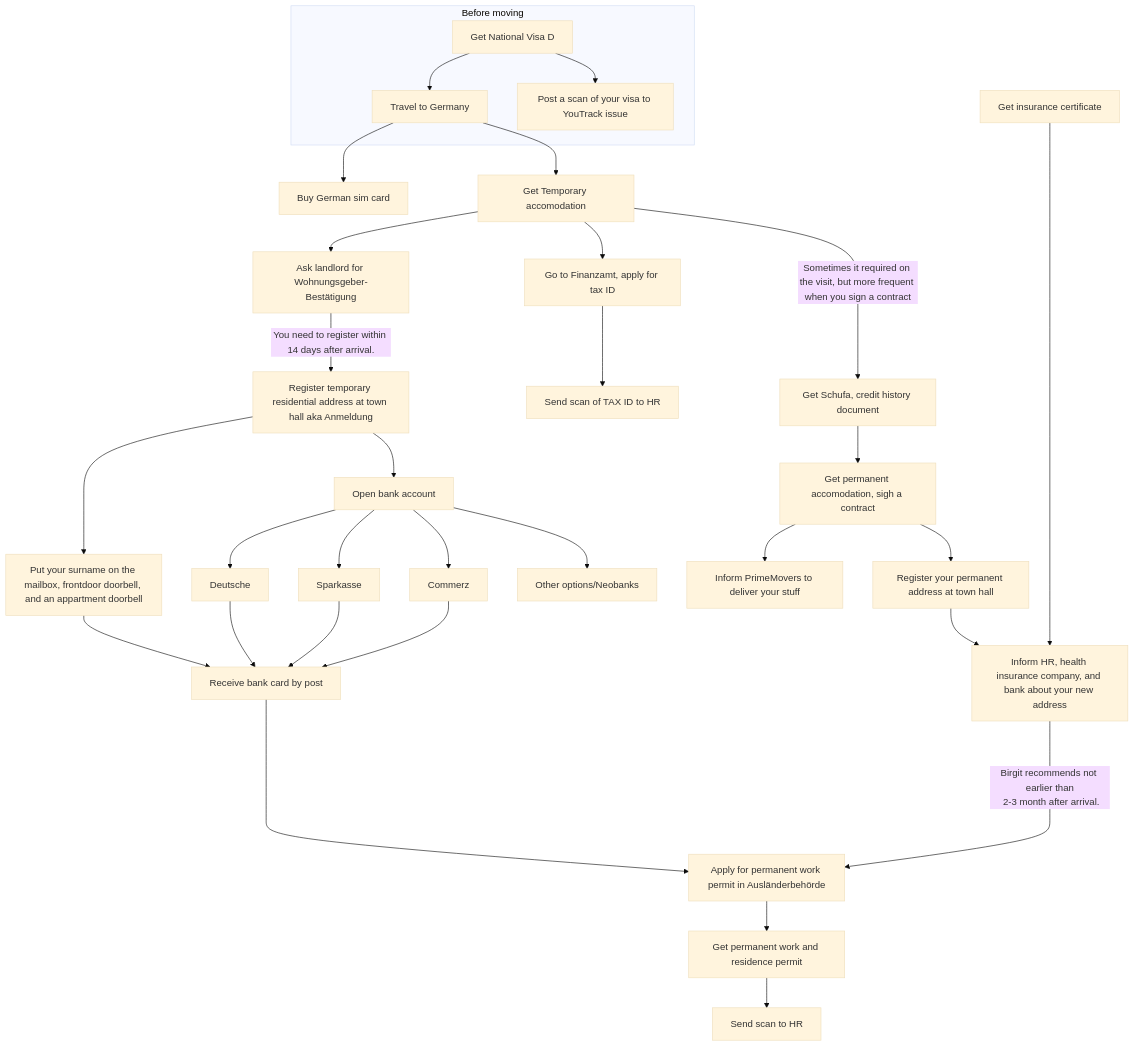
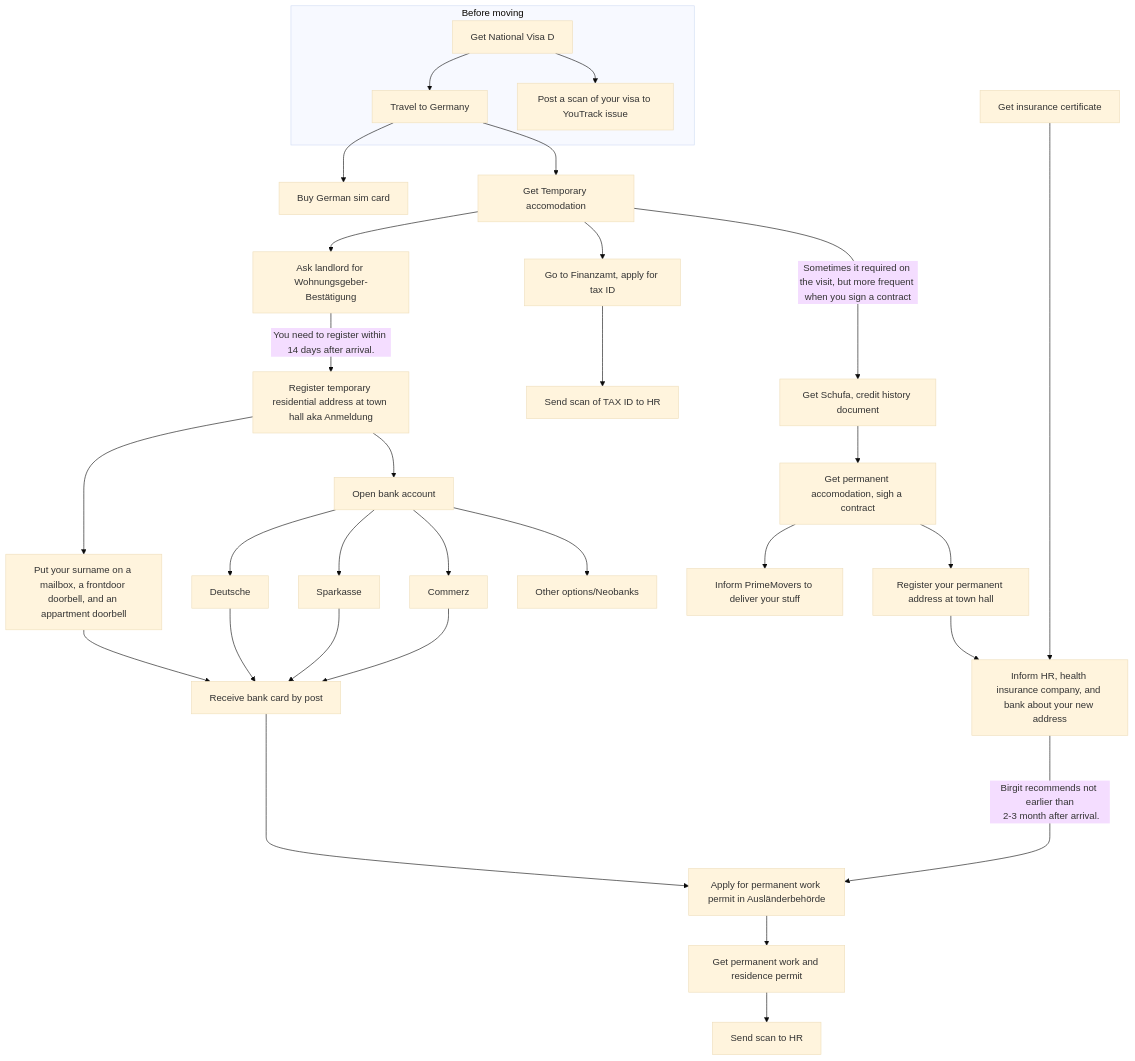
One commit to lananovikova10/howtoberlin changed the diagram in sequence-of-steps.md. Above: the diagram before and after it, drawn with Mermaid (base theme).

Commit message:
a bit of grammar

````diff
--- a/sequence-of-steps.md
+++ b/sequence-of-steps.md
@@ -3,31 +3,31 @@
 ```mermaid
 graph TB
     subgraph Before moving
     A[Get National Visa D] --> U[Travel to Germany]
     A --> R[Post a scan of your visa to YouTrack issue]
     end
     U --> P[Buy German sim card]
     U --> B[Get Temporary accomodation]
     B --> O[Ask landlord for Wohnungsgeber-Bestätigung]
     Q[Get insurance certificate] -------> L
     O --> |You need to register within 14 days after arrival.| W[Register temporary residential address at town hall aka Anmeldung]
     B --> G[Go to Finanzamt, apply for tax ID]
-    W --> X[Put your surname on the mailbox, frontdoor doorbell, and an appartment doorbell]
+    W --> X[Put your surname on a mailbox, a frontdoor doorbell, and an appartment doorbell]
     W --> C[Open bank account]
     C --> D[Deutsche]
     C --> E[Sparkasse]
     C --> F[Commerz]
     C --> V[Other options/Neobanks]
     D & E & F --> Y[Receive bank card by post]
     X --> Y
     G --> H[Send scan of TAX ID to HR]
     B --> |Sometimes it required on the visit, but more frequent <br/>when you sign a contract|Z[Get Schufa, credit history document] 
     Z --> J[Get permanent accomodation, sigh a contract]
     J --> I[Inform PrimeMovers to deliver your stuff]
     J --> K[Register your permanent address at town hall]
     K --> L[Inform HR, health insurance company, and bank about your new address]
     L ----> |Birgit recommends not earlier than<br/> 2-3 month after arrival.| M[Apply for permanent work permit in Ausländerbehörde]
     M --> T[Get permanent work and residence permit]
     T --> N[Send scan to HR]
     Y ----> M
 ```
````
